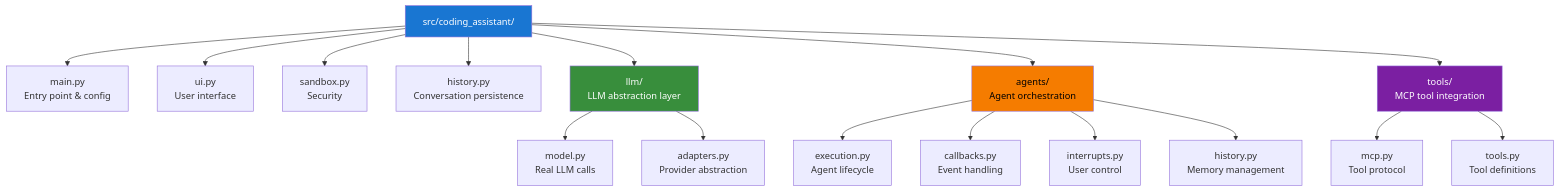
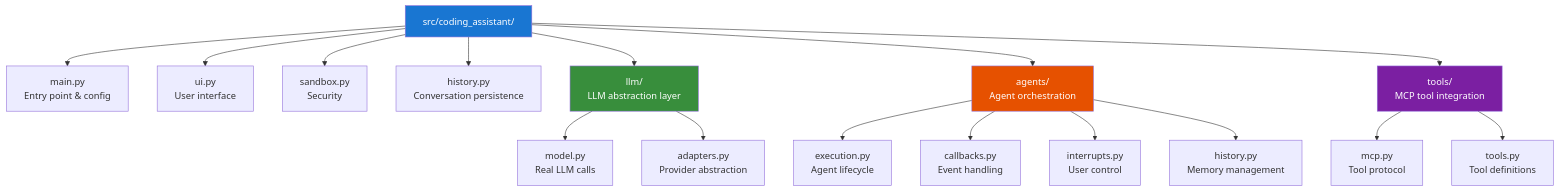
Before and after one commit to fwornle/agentic-ai-nano: the second of 15 diagrams in docs-content/01_frameworks/Session1_ModuleD_Coding_Assistant_Case_Study.md, drawn with Mermaid. The commit also changed other lines of this file, not shown here.

````diff
--- a/docs-content/01_frameworks/Session1_ModuleD_Coding_Assistant_Case_Study.md
+++ b/docs-content/01_frameworks/Session1_ModuleD_Coding_Assistant_Case_Study.md
@@ -62,28 +62,28 @@
 ```mermaid
 graph TB
     ROOT[src/coding_assistant/]
     
     ROOT --> MAIN[main.py<br/>Entry point & config]
     ROOT --> UI[ui.py<br/>User interface]
     ROOT --> SAND[sandbox.py<br/>Security]
     ROOT --> HIST[history.py<br/>Conversation persistence]
     
     ROOT --> LLM[llm/<br/>LLM abstraction layer]
     LLM --> LLM1[model.py<br/>Real LLM calls]
     LLM --> LLM2[adapters.py<br/>Provider abstraction]
     
     ROOT --> AGENTS[agents/<br/>Agent orchestration]
     AGENTS --> AG1[execution.py<br/>Agent lifecycle]
     AGENTS --> AG2[callbacks.py<br/>Event handling]
     AGENTS --> AG3[interrupts.py<br/>User control]
     AGENTS --> AG4[history.py<br/>Memory management]
     
     ROOT --> TOOLS[tools/<br/>MCP tool integration]
     TOOLS --> T1[mcp.py<br/>Tool protocol]
     TOOLS --> T2[tools.py<br/>Tool definitions]
     
     style LLM fill:#388E3C,color:#ffffff
-    style AGENTS fill:#F57C00,color:#000000
+    style AGENTS fill:#E65100,color:#ffffff
     style TOOLS fill:#7B1FA2,color:#ffffff
     style ROOT fill:#1976D2,color:#ffffff
 ```
````
